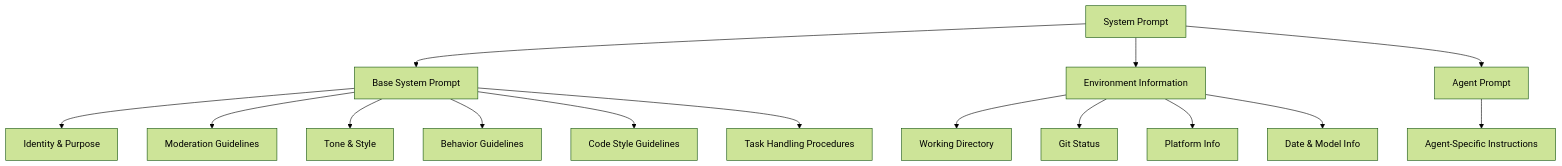
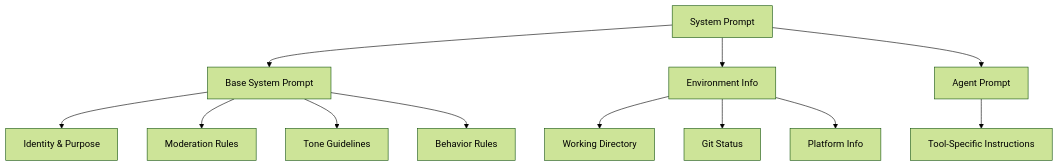
Before and after one commit to Szermer/QED: the first of 2 diagrams in src/system-prompts-and-model-settings.md, drawn with Mermaid (forest theme). The commit also changed other lines of this file and 1 other file, not shown here.

````diff
--- a/src/system-prompts-and-model-settings.md
+++ b/src/system-prompts-and-model-settings.md
@@ -9,20 +9,17 @@
 ```mermaid
 graph TD
     A[System Prompt] --> B[Base System Prompt]
-    A --> C[Environment Information]
+    A --> C[Environment Info]
     A --> D[Agent Prompt]
     
     B --> B1[Identity & Purpose]
-    B --> B2[Moderation Guidelines]
-    B --> B3[Tone & Style]
-    B --> B4[Behavior Guidelines]
-    B --> B5[Code Style Guidelines]
-    B --> B6[Task Handling Procedures]
+    B --> B2[Moderation Rules]
+    B --> B3[Tone Guidelines]
+    B --> B4[Behavior Rules]
     
     C --> C1[Working Directory]
     C --> C2[Git Status]
     C --> C3[Platform Info]
-    C --> C4[Date & Model Info]
     
-    D --> D1[Agent-Specific Instructions]
+    D --> D1[Tool-Specific Instructions]
 ```
````
